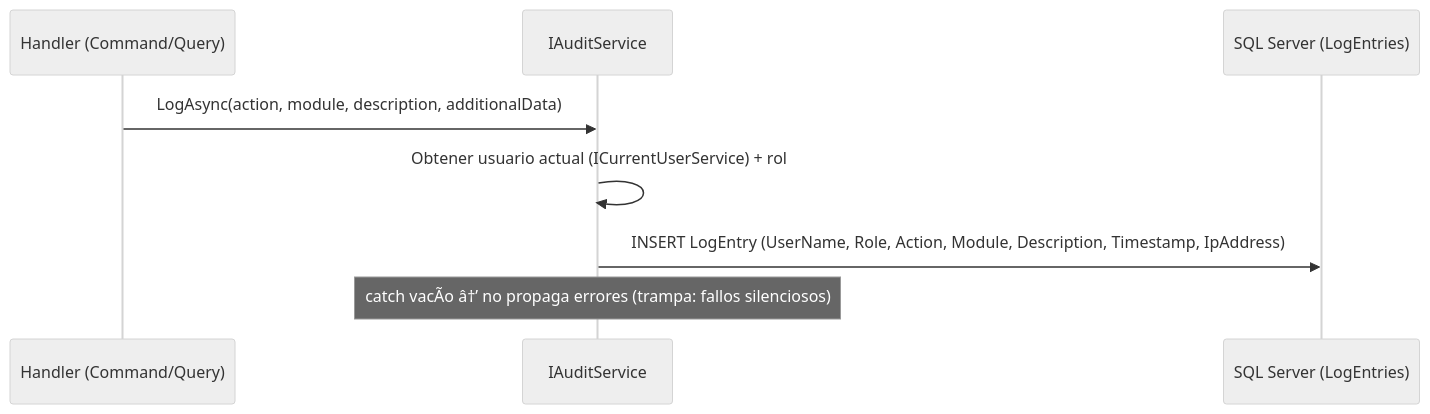
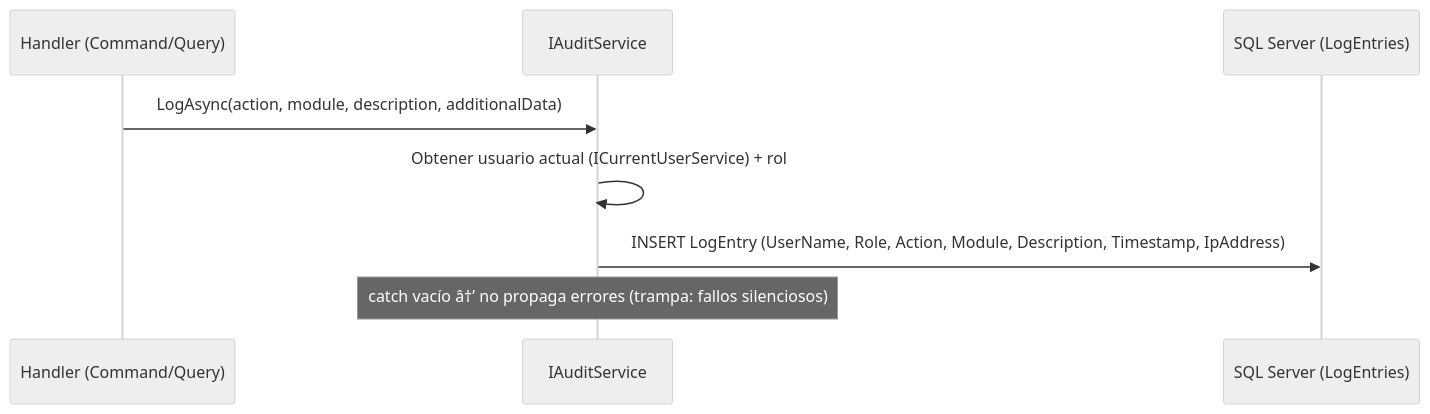
Before and after one commit to adrian-silva-uy/guarino: the ninth of 11 diagrams in docs/diagramas.md, drawn with Mermaid (neutral theme). The commit also changed other lines of this file and 21 other files, not shown here.

````diff
--- a/docs/diagramas.md
+++ b/docs/diagramas.md
@@ -263,11 +263,11 @@
 ```mermaid
 sequenceDiagram
     participant H as Handler (Command/Query)
     participant A as IAuditService
     participant DB as SQL Server (LogEntries)
 
     H->>A: LogAsync(action, module, description, additionalData)
     A->>A: Obtener usuario actual (ICurrentUserService) + rol
     A->>DB: INSERT LogEntry (UserName, Role, Action, Module, Description, Timestamp, IpAddress)
-    Note over A: catch vacÃ­o â†’ no propaga errores (trampa: fallos silenciosos)
+    Note over A: catch vacío â†’ no propaga errores (trampa: fallos silenciosos)
 ```
````
